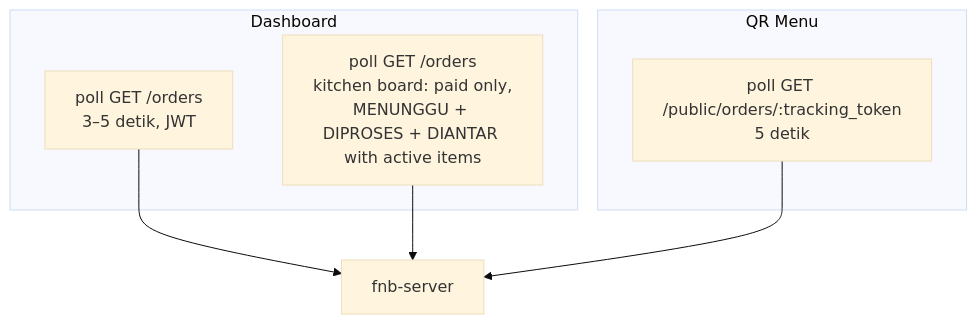
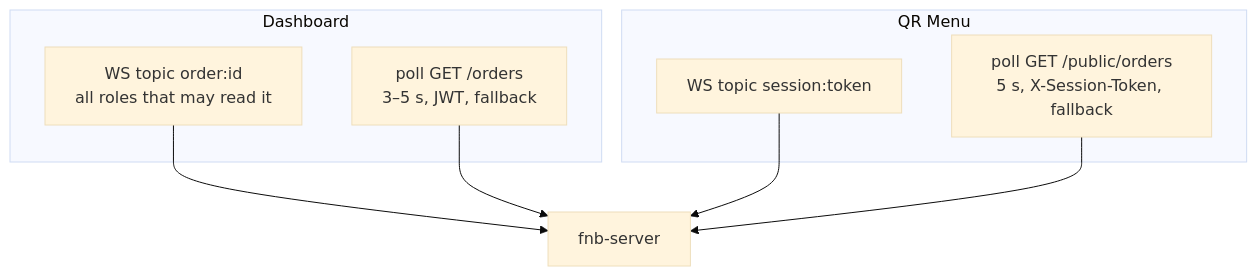
Diagram 11 of 12 in docs/flow.md (darmawandoni6/fnb-app), drawn with Mermaid (base theme) before and after one commit. The commit also changed other lines of this file and 17 other files, not shown here.

First line of the commit message:
docs(qr-menu): sync plan with table session API

````diff
--- a/docs/flow.md
+++ b/docs/flow.md
@@ -188,15 +302,17 @@
 ```mermaid
 graph TD
     subgraph Dashboard
-        P1[poll GET /orders<br/>3–5 detik, JWT]
-        P2[poll GET /orders<br/>kitchen board: paid only,<br/>MENUNGGU + DIPROSES + DIANTAR with active items]
+        W1[WS topic order:id<br/>all roles that may read it]
+        P1[poll GET /orders<br/>3–5 s, JWT, fallback]
     end
     subgraph QR Menu
-        P3[poll GET /public/orders/:tracking_token<br/>5 detik]
+        W2[WS topic session:token]
+        P2[poll GET /public/orders<br/>5 s, X-Session-Token, fallback]
     end
     API[fnb-server]
 
+    W1 --> API
+    W2 --> API
     P1 --> API
     P2 --> API
-    P3 --> API
 ```
````
